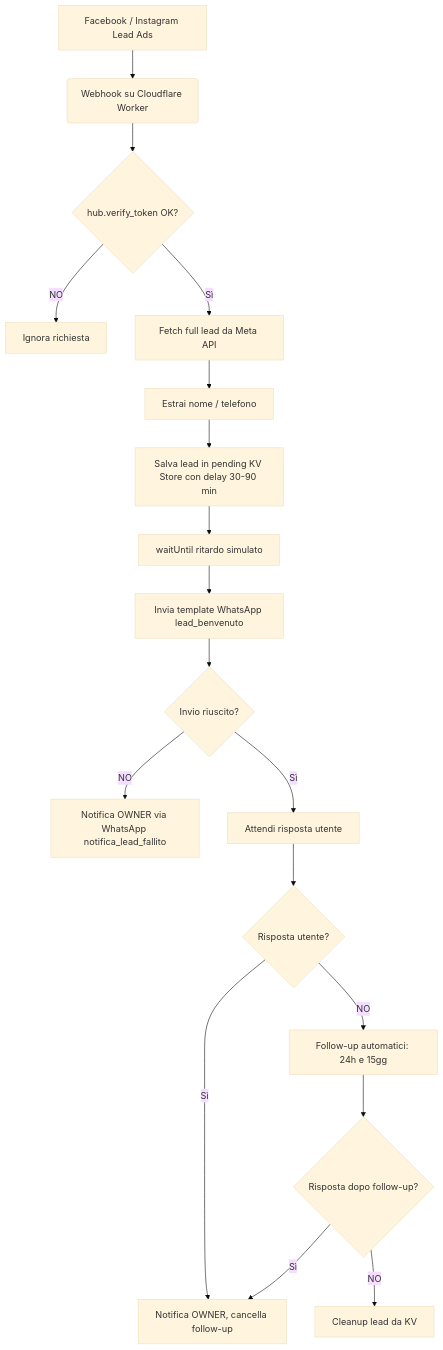
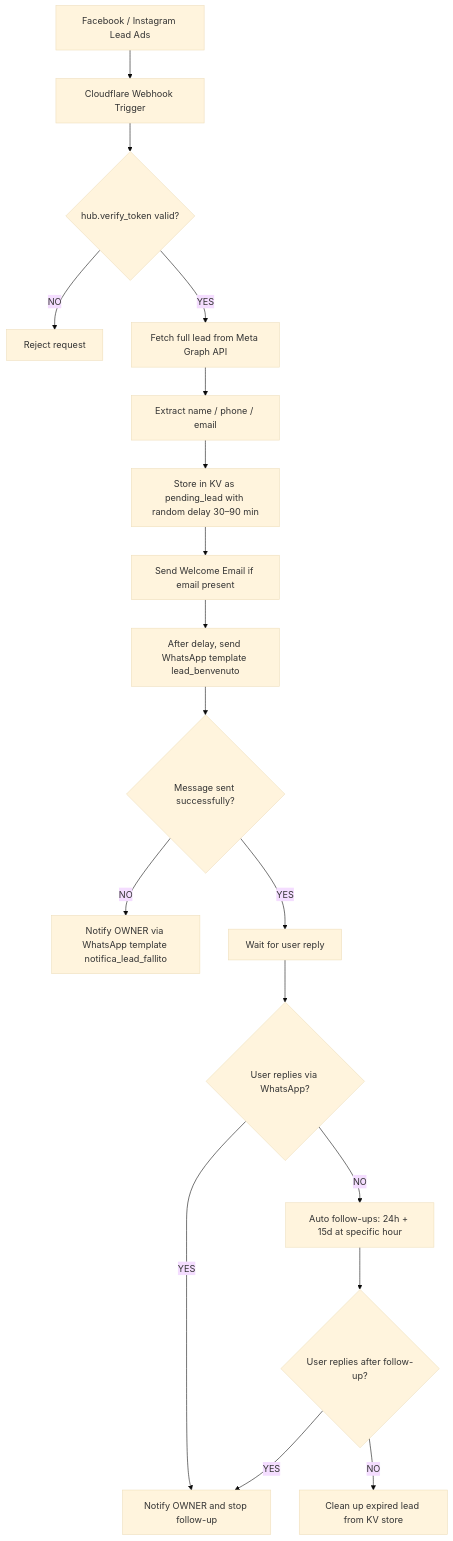
One commit to MissingPackage/gmvassago_leadgen-worker changed the diagram in README.md. Above: the diagram before and after it, drawn with Mermaid (base theme). The commit also changed other lines of this file and 2 other files, not shown here.

Commit message:
Added email integration via Resend and released

````diff
--- a/README.md
+++ b/README.md
@@ -28,20 +29,20 @@
 ```mermaid
 flowchart TD
-    A[Facebook / Instagram Lead Ads] --> B(Webhook su Cloudflare Worker)
-    B --> C{hub.verify_token OK?}
-    C -- NO --> Z1[Ignora richiesta]
-    C -- Sì --> D[Fetch full lead da Meta API]
-    D --> E[Estrai nome / telefono]
-    E --> F[Salva lead in pending KV Store con delay 30-90 min]
-    F --> G[waitUntil ritardo simulato]
-    G --> H[Invia template WhatsApp lead_benvenuto]
-    H --> I{Invio riuscito?}
-    I -- NO --> J[Notifica OWNER via WhatsApp notifica_lead_fallito]
-    I -- Sì --> K[Attendi risposta utente]
-    K --> L{Risposta utente?}
-    L -- Sì --> M[Notifica OWNER, cancella follow-up]
-    L -- NO --> N[Follow-up automatici: 24h e 15gg]
-    N --> O{Risposta dopo follow-up?}
-    O -- Sì --> M
-    O -- NO --> P[Cleanup lead da KV]
+    A[Facebook / Instagram Lead Ads] --> B[Cloudflare Webhook Trigger]
+    B --> C{hub.verify_token valid?}
+    C -- NO --> Z1[Reject request]
+    C -- YES --> D[Fetch full lead from Meta Graph API]
+    D --> E[Extract name / phone / email]
+    E --> F[Store in KV as pending_lead with random delay 30–90 min]
+    F --> G[Send Welcome Email if email present]
+    G --> H[After delay, send WhatsApp template lead_benvenuto]
+    H --> I{Message sent successfully?}
+    I -- NO --> J[Notify OWNER via WhatsApp template notifica_lead_fallito]
+    I -- YES --> K[Wait for user reply]
+    K --> L{User replies via WhatsApp?}
+    L -- YES --> M[Notify OWNER and stop follow-up]
+    L -- NO --> N[Auto follow-ups: 24h + 15d at specific hour]
+    N --> O{User replies after follow-up?}
+    O -- YES --> M
+    O -- NO --> P[Clean up expired lead from KV store]
 ```
````
